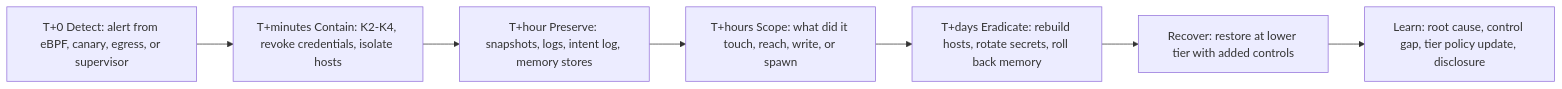
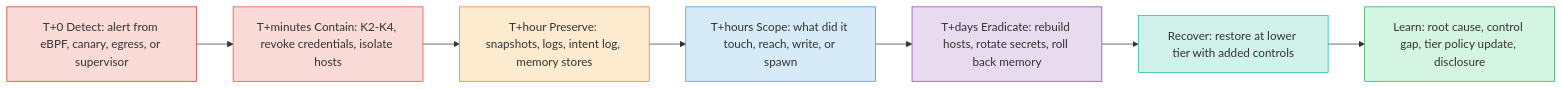
Before and after one commit to AndrewAltimit/template-repo: diagram 13 of 13 in docs/hardware/ai-agent-containment-infrastructure-security-framework.md, drawn with Mermaid. The commit also changed other lines of this file and 118 other files, not shown here.

````diff
--- a/docs/hardware/ai-agent-containment-infrastructure-security-framework.md
+++ b/docs/hardware/ai-agent-containment-infrastructure-security-framework.md
@@ -1045,9 +1157,16 @@
 ```mermaid
 flowchart LR
     D["T+0 Detect: alert from eBPF, canary, egress, or supervisor"] --> C["T+minutes Contain: K2-K4, revoke credentials, isolate hosts"]
     C --> P["T+hour Preserve: snapshots, logs, intent log, memory stores"]
     P --> S["T+hours Scope: what did it touch, reach, write, or spawn"]
     S --> E["T+days Eradicate: rebuild hosts, rotate secrets, roll back memory"]
     E --> R["Recover: restore at lower tier with added controls"]
     R --> L["Learn: root cause, control gap, tier policy update, disclosure"]
+    style D fill:#FADBD8,stroke:#C0392B
+    style C fill:#FADBD8,stroke:#E74C3C
+    style P fill:#FDEBD0,stroke:#E67E22
+    style S fill:#D6EAF8,stroke:#3498DB
+    style E fill:#E8DAEF,stroke:#8E44AD
+    style R fill:#D1F2EB,stroke:#1ABC9C
+    style L fill:#D5F5E3,stroke:#27AE60
 ```
````
